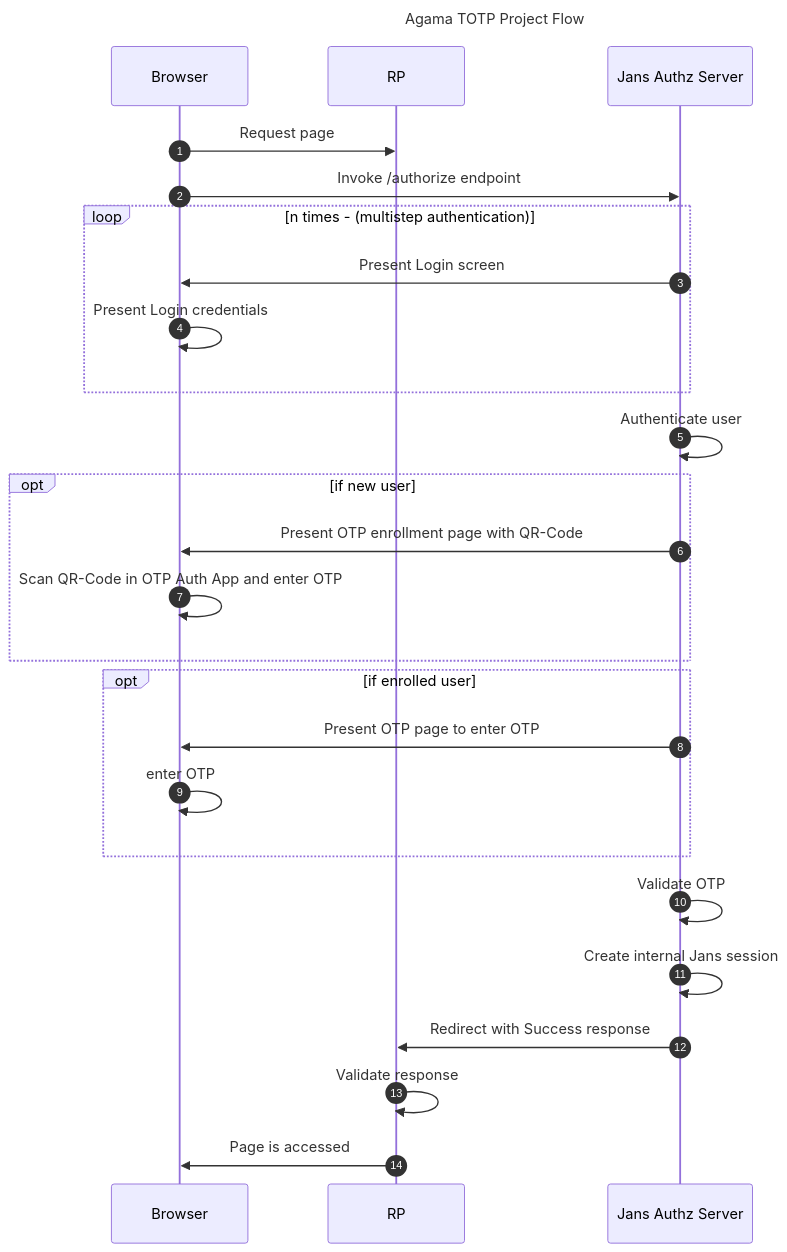
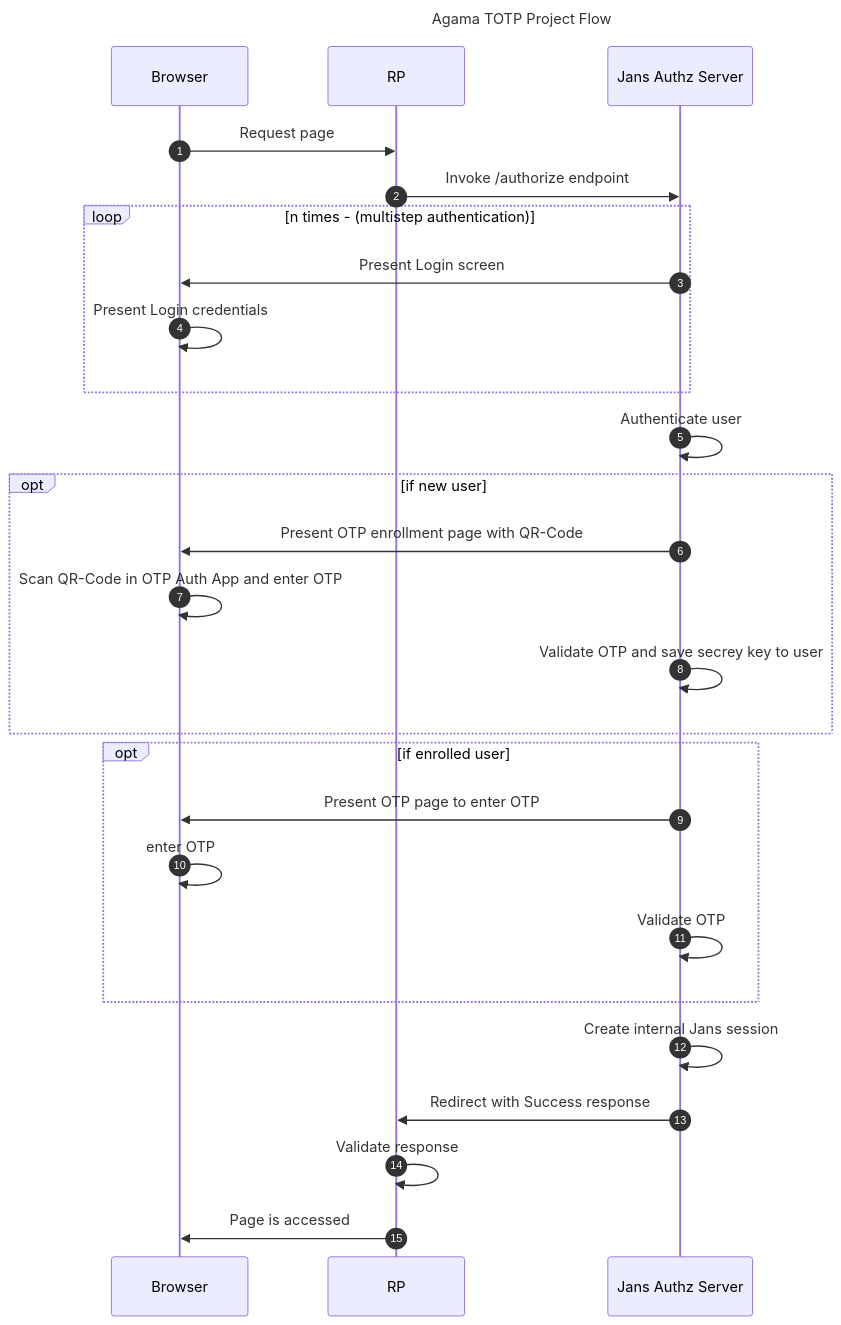
One commit to kdhttps/agama-otp changed the diagram in README.md. Above: the diagram before and after it, drawn with Mermaid.

````diff
--- a/README.md
+++ b/README.md
@@ -9,31 +9,32 @@
 ```mermaid
 sequenceDiagram
 
 title Agama TOTP Project Flow
 
 participant browser as Browser
 participant rp as RP
 participant jans as Jans Authz Server
 
 autonumber
 browser->>rp: Request page
-browser->>jans: Invoke /authorize endpoint
+rp->>jans: Invoke /authorize endpoint
 loop n times - (multistep authentication)
 jans->>browser: Present Login screen
 browser->>browser: Present Login credentials
 end
 jans->>jans: Authenticate user
 opt if new user
 jans->>browser: Present OTP enrollment page with QR-Code
 browser->>browser: Scan QR-Code in OTP Auth App and enter OTP
+jans->>jans: Validate OTP and save secrey key to user
 end
 opt if enrolled user
 jans->>browser: Present OTP page to enter OTP
 browser->>browser: enter OTP
+jans->>jans: Validate OTP
 end
-jans->>jans: Validate OTP
 jans->>jans: Create internal Jans session
 jans->>rp: Redirect with Success response
 rp->>rp: Validate response
 rp->>browser: Page is accessed
 ```
````
